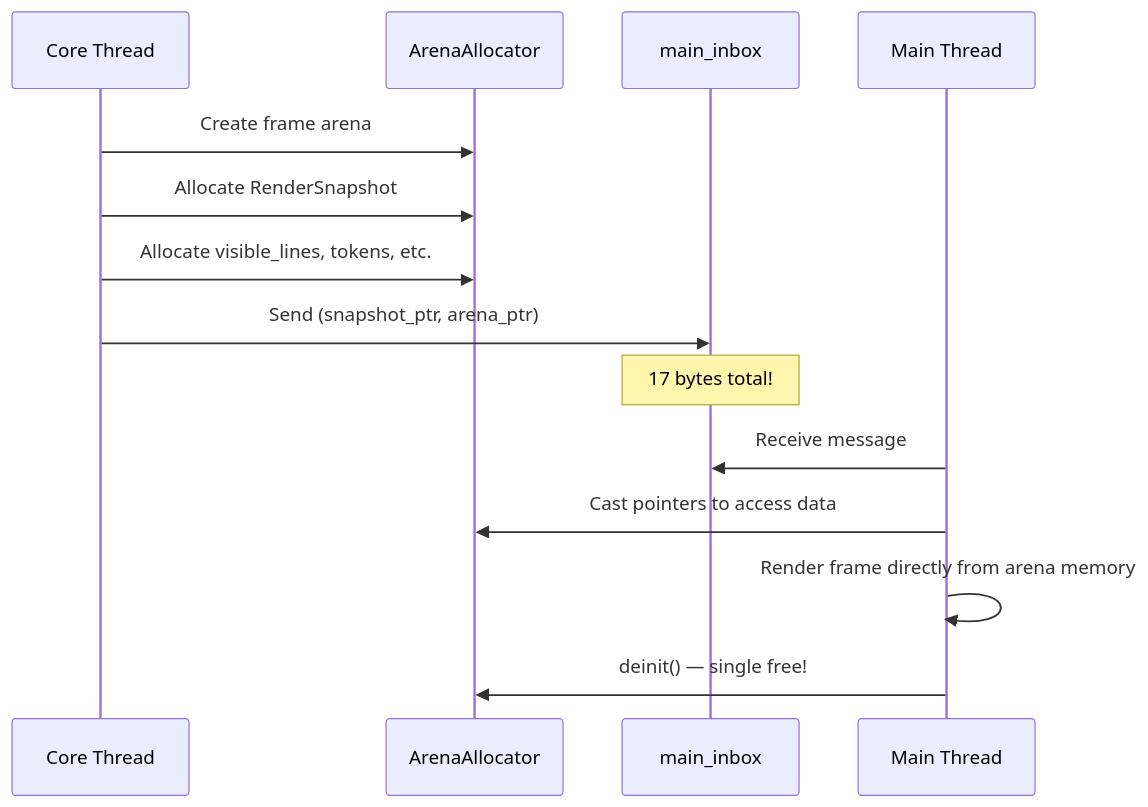
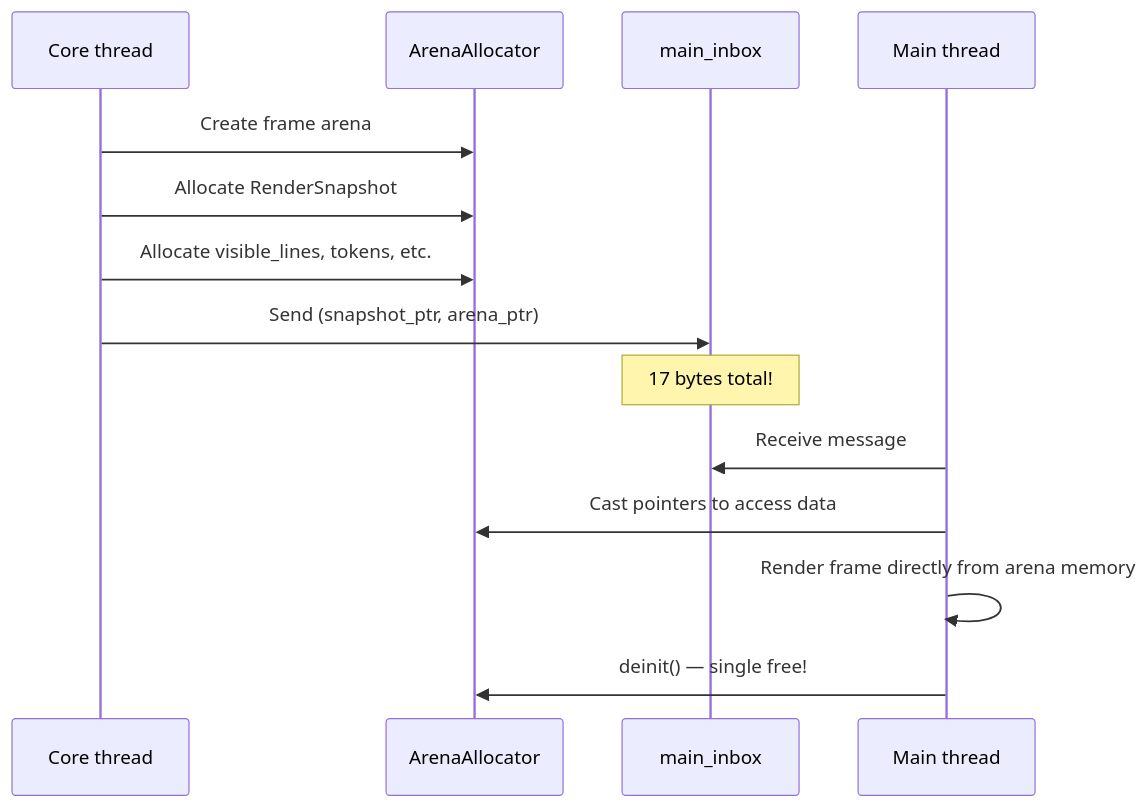
Before and after one commit to ooyeku/stem: the second of 4 diagrams in docs/stem.md, drawn with Mermaid. The commit also changed other lines of this file and 6 other files, not shown here.

````diff
--- a/docs/stem.md
+++ b/docs/stem.md
@@ -566,18 +429,18 @@
 ```mermaid
 sequenceDiagram
-    participant Core as Core Thread
+    participant Core as Core thread
     participant Arena as ArenaAllocator
     participant Inbox as main_inbox
-    participant UI as Main Thread
-    
+    participant UI as Main thread
+
     Core->>Arena: Create frame arena
     Core->>Arena: Allocate RenderSnapshot
     Core->>Arena: Allocate visible_lines, tokens, etc.
     Core->>Inbox: Send (snapshot_ptr, arena_ptr)
     Note over Inbox: 17 bytes total!
-    
+
     UI->>Inbox: Receive message
     UI->>Arena: Cast pointers to access data
     UI->>UI: Render frame directly from arena memory
     UI->>Arena: deinit() — single free!
 ```
````
